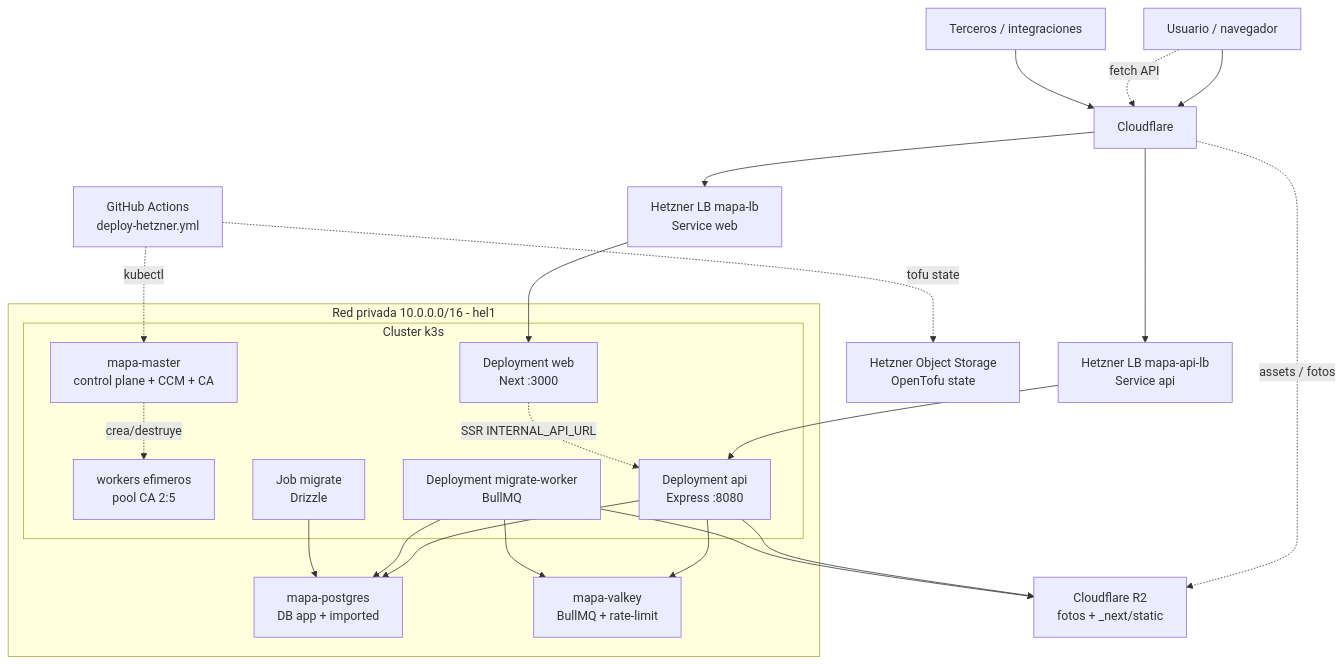
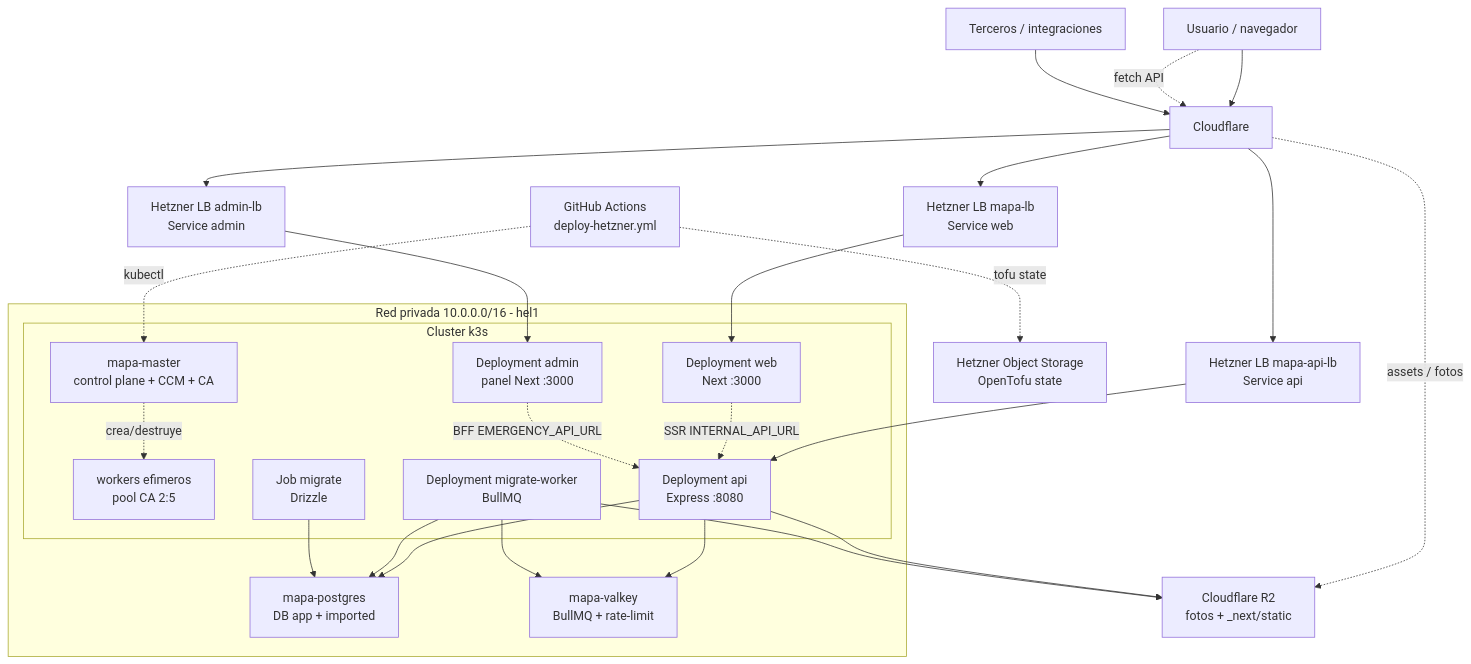
One commit to SimonBolivarHacker/mapa-emergencia-rescate changed the diagram in docs/architecture/despliegue-kubernetes.md. Above: the diagram before and after it, drawn with Mermaid. The commit also changed other lines of this file and 23 other files, not shown here.

````diff
--- a/docs/architecture/despliegue-kubernetes.md
+++ b/docs/architecture/despliegue-kubernetes.md
@@ -137,46 +148,51 @@
 ```mermaid
 flowchart TB
     user["Usuario / navegador"]
     thirdparty["Terceros / integraciones"]
     cf["Cloudflare"]
     r2["Cloudflare R2<br/>fotos + _next/static"]
     lbweb["Hetzner LB mapa-lb<br/>Service web"]
     lbapi["Hetzner LB mapa-api-lb<br/>Service api"]
+    lbadmin["Hetzner LB admin-lb<br/>Service admin"]
 
     user --> cf
     user -.fetch API.-> cf
     thirdparty --> cf
     cf --> lbweb
     cf --> lbapi
+    cf --> lbadmin
     cf -.assets / fotos.-> r2
 
     subgraph net["Red privada 10.0.0.0/16 - hel1"]
         subgraph k3s["Cluster k3s"]
             master["mapa-master<br/>control plane + CCM + CA"]
             nodes["workers efimeros<br/>pool CA 2:5"]
             web["Deployment web<br/>Next :3000"]
             api["Deployment api<br/>Express :8080"]
+            admin["Deployment admin<br/>panel Next :3000"]
             worker["Deployment migrate-worker<br/>BullMQ"]
             migrate["Job migrate<br/>Drizzle"]
         end
         pg["mapa-postgres<br/>DB app + imported"]
         vk["mapa-valkey<br/>BullMQ + rate-limit"]
     end
 
     lbweb --> web
     lbapi --> api
+    lbadmin --> admin
     master -.crea/destruye.-> nodes
     web -.SSR INTERNAL_API_URL.-> api
+    admin -.BFF EMERGENCY_API_URL.-> api
     api --> pg
     api --> vk
     api --> r2
     worker --> pg
     worker --> vk
     worker --> r2
     migrate --> pg
 
     ci["GitHub Actions<br/>deploy-hetzner.yml"]
     tfstate["Hetzner Object Storage<br/>OpenTofu state"]
     ci -.kubectl.-> master
     ci -.tofu state.-> tfstate
 ```
````
